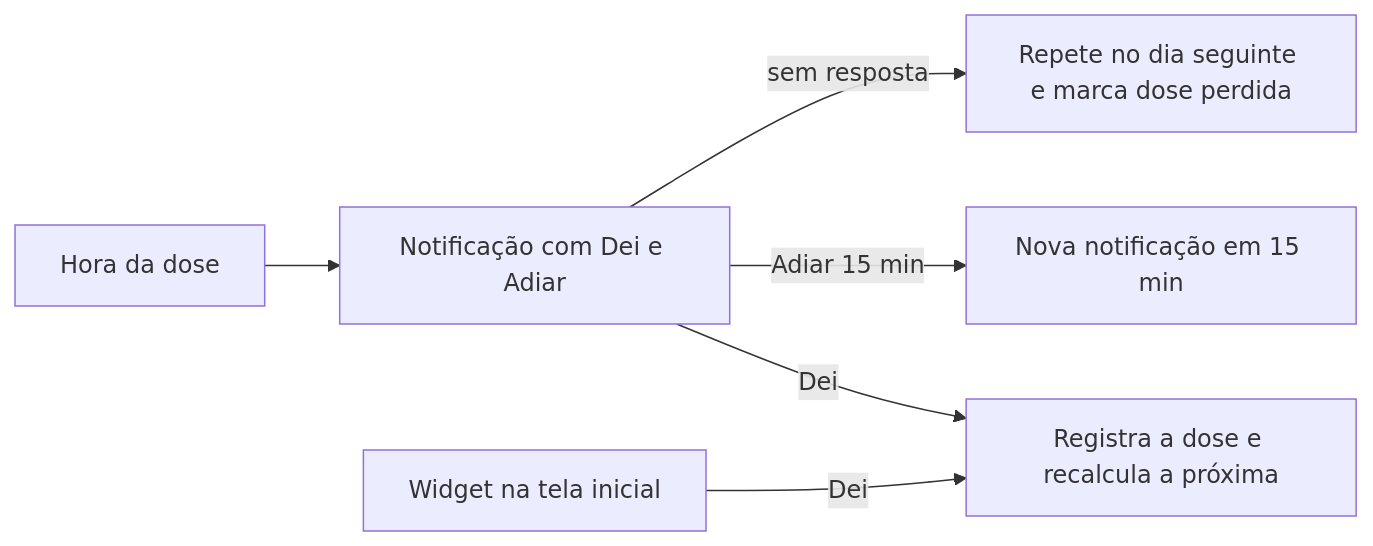
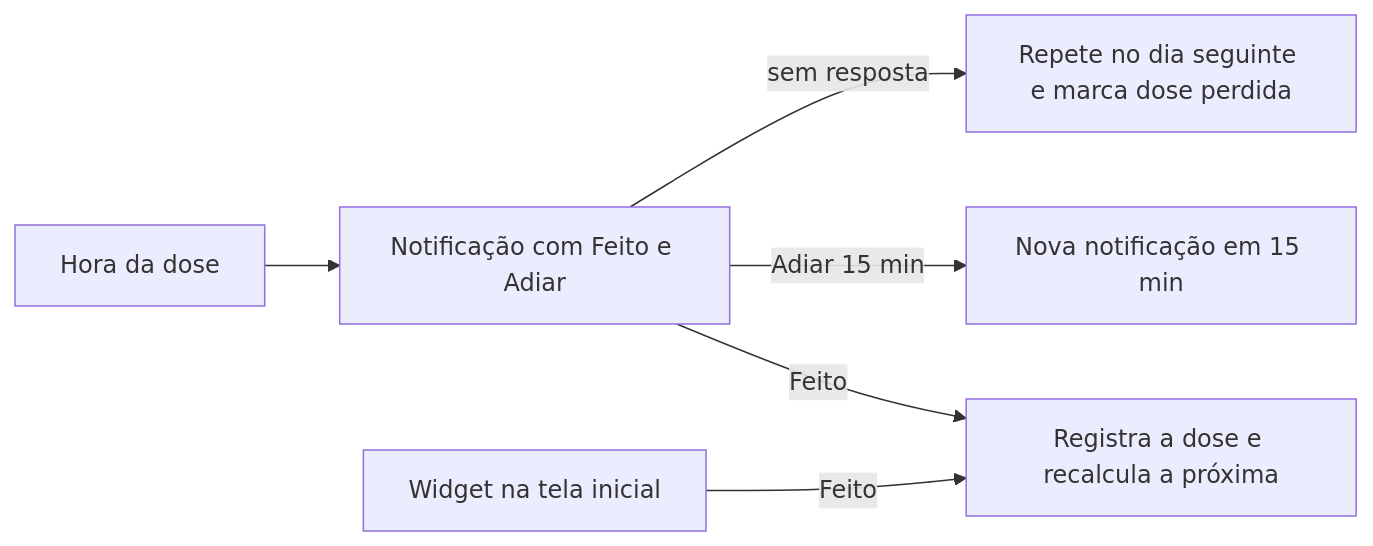
Diagram 25 of 41 in BUSINESS.md (CodaxiKing/PetLive), drawn with Mermaid before and after one commit. The commit also changed other lines of this file and 45 other files, not shown here.

````diff
--- a/BUSINESS.md
+++ b/BUSINESS.md
@@ -1691,8 +1725,8 @@
 ```mermaid
 flowchart LR
-  A[Hora da dose] --> B[Notificação com Dei e Adiar]
-  B -- Dei --> C[Registra a dose e recalcula a próxima]
+  A[Hora da dose] --> B[Notificação com Feito e Adiar]
+  B -- Feito --> C[Registra a dose e recalcula a próxima]
   B -- Adiar 15 min --> D[Nova notificação em 15 min]
   B -- sem resposta --> E[Repete no dia seguinte e marca dose perdida]
-  F[Widget na tela inicial] -- Dei --> C
+  F[Widget na tela inicial] -- Feito --> C
 ```
````
